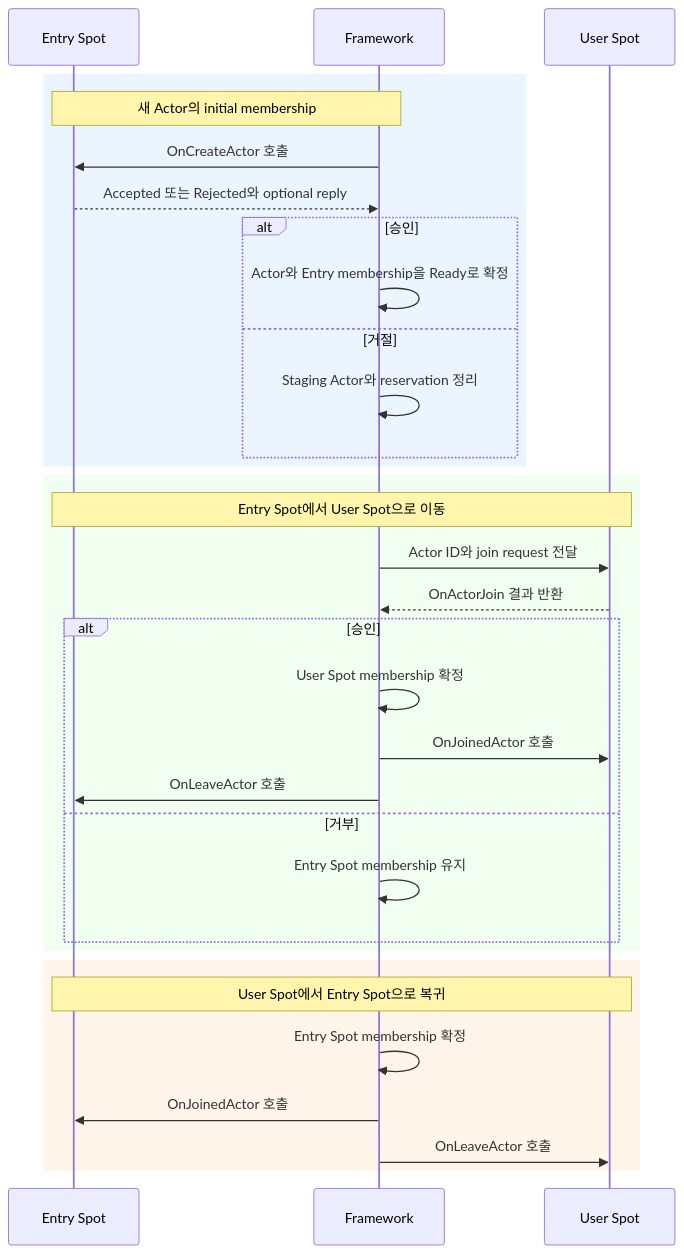
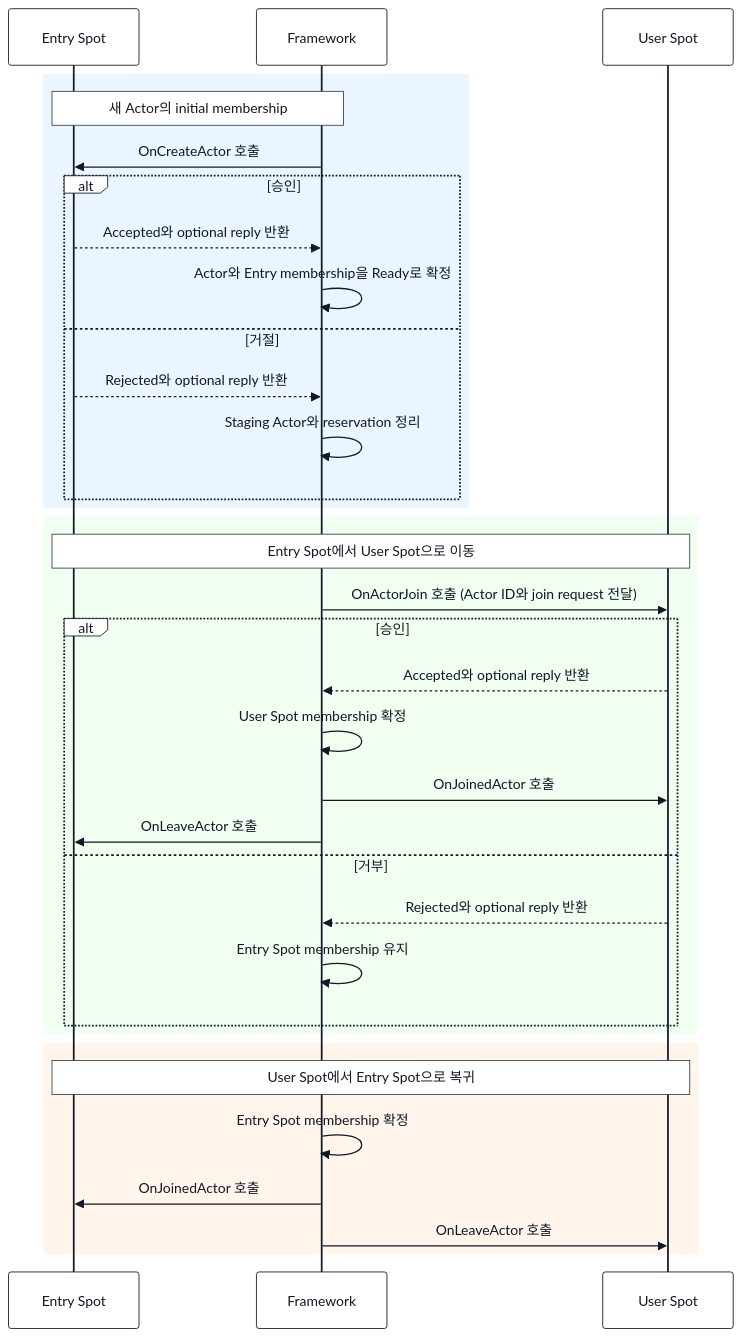
The first of 3 diagrams in framework/doc/framework/common/spec/15-spot-actor.ko.md (kairos-code-dev/zlink), drawn with Mermaid before and after one commit. The commit also changed other lines of this file and 262 other files, not shown here.

````diff
--- a/framework/doc/framework/common/spec/15-spot-actor.ko.md
+++ b/framework/doc/framework/common/spec/15-spot-actor.ko.md
@@ -348,37 +366,40 @@
 ```mermaid
+%%{init: {"theme": "base", "themeVariables": {"primaryTextColor": "#111827", "secondaryTextColor": "#111827", "tertiaryTextColor": "#111827", "textColor": "#111827", "lineColor": "#374151", "actorBkg": "#ffffff", "actorBorder": "#111827", "actorTextColor": "#111827", "signalColor": "#111827", "signalTextColor": "#111827", "labelBoxBkgColor": "#ffffff", "labelBoxBorderColor": "#111827", "labelTextColor": "#111827", "noteBkgColor": "#ffffff", "noteBorderColor": "#374151", "noteTextColor": "#111827"}}}%%
 sequenceDiagram
     participant E as Entry Spot
     participant F as Framework
     participant U as User Spot
 
     rect rgb(235, 245, 255)
         Note over E,F: 새 Actor의 initial membership
         F->>E: OnCreateActor 호출
-        E-->>F: Accepted 또는 Rejected와 optional reply
         alt 승인
+            E-->>F: Accepted와 optional reply 반환
             F->>F: Actor와 Entry membership을 Ready로 확정
         else 거절
+            E-->>F: Rejected와 optional reply 반환
             F->>F: Staging Actor와 reservation 정리
         end
     end
 
     rect rgb(240, 255, 240)
         Note over E,U: Entry Spot에서 User Spot으로 이동
-        F->>U: Actor ID와 join request 전달
-        U-->>F: OnActorJoin 결과 반환
+        F->>U: OnActorJoin 호출 (Actor ID와 join request 전달)
         alt 승인
+            U-->>F: Accepted와 optional reply 반환
             F->>F: User Spot membership 확정
             F->>U: OnJoinedActor 호출
             F->>E: OnLeaveActor 호출
         else 거부
+            U-->>F: Rejected와 optional reply 반환
             F->>F: Entry Spot membership 유지
         end
     end
 
     rect rgb(255, 245, 235)
         Note over E,U: User Spot에서 Entry Spot으로 복귀
         F->>F: Entry Spot membership 확정
         F->>E: OnJoinedActor 호출
         F->>U: OnLeaveActor 호출
     end
 ```
````
